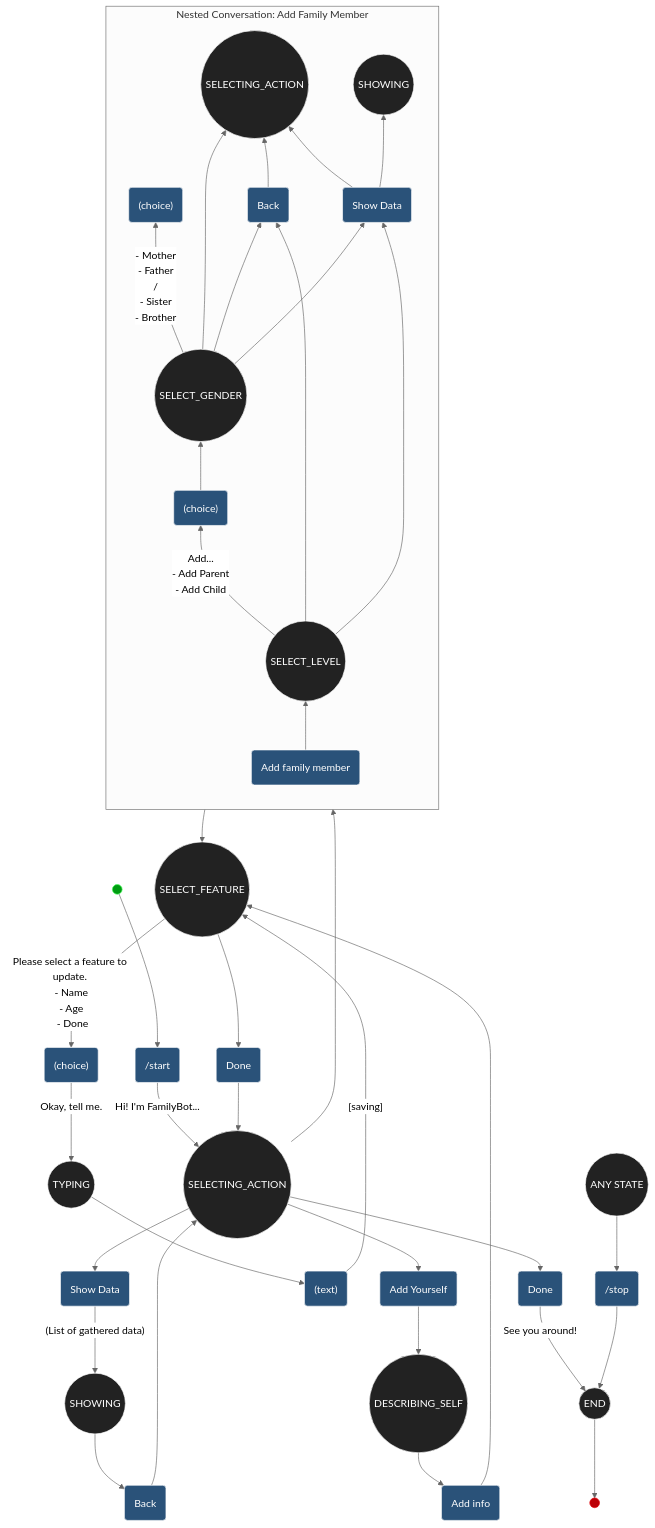
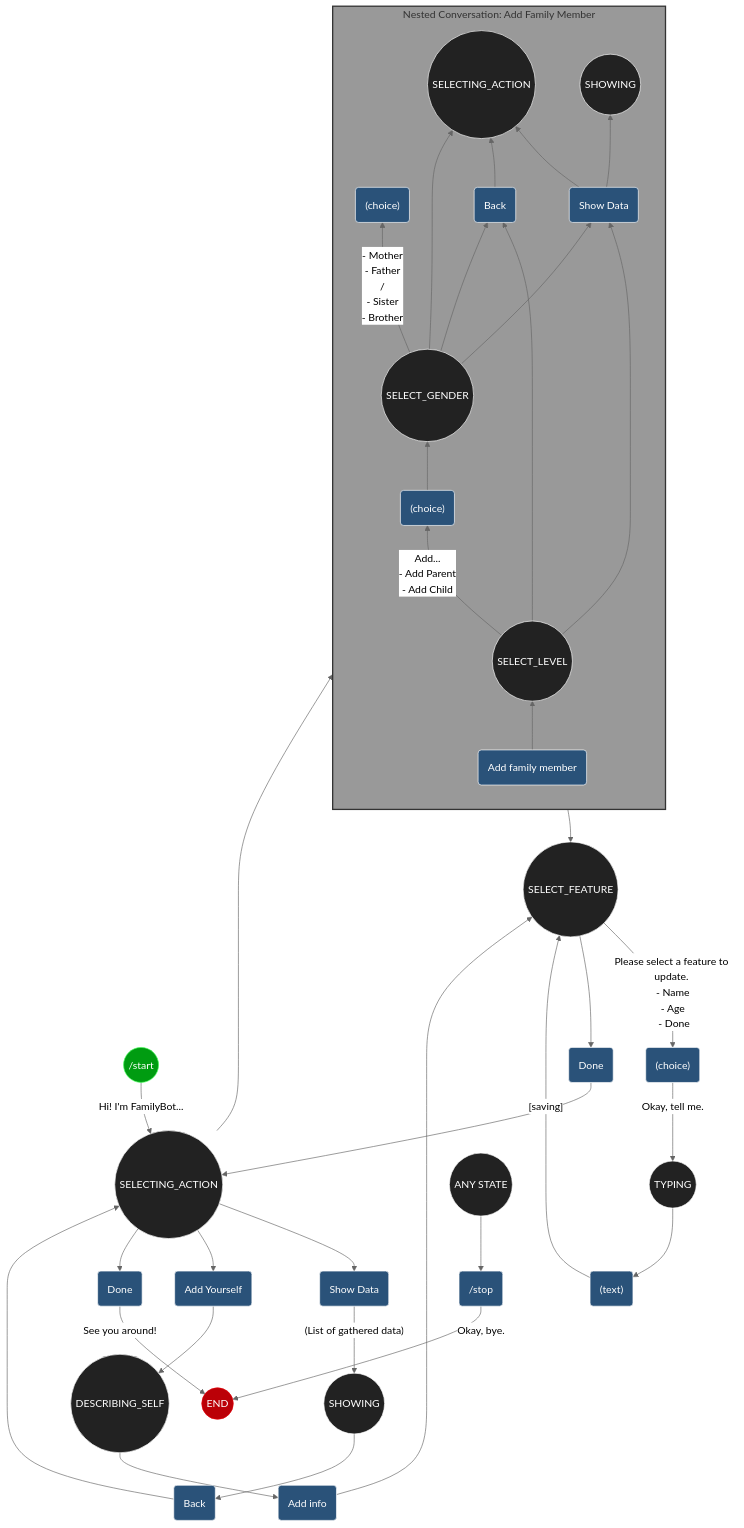
Before and after one commit to python-telegram-bot/python-telegram-bot: the diagram in examples/nestedconversationbot.mmd, drawn with Mermaid (neutral theme). The commit also changed other lines of this file and 3 other files, not shown here.

Commit message:
smaller improvements of diagrams

```diff
--- a/examples/nestedconversationbot.mmd
+++ b/examples/nestedconversationbot.mmd
@@ -1,44 +1,43 @@
 flowchart TB
     %% Documentation: https://mermaid-js.github.io/mermaid/#/flowchart
-    firstState((" ")):::firstState --> A("/start"):::userInput
-    A -->|Hi! I'm FamilyBot...| B((SELECTING_ACTION)):::state
+    A(("/start")):::entryPoint -->|Hi! I'm FamilyBot...| B((SELECTING_ACTION)):::state
     B --> C("Show Data"):::userInput 
     C --> |"(List of gathered data)"| D((SHOWING)):::state
     D --> E("Back"):::userInput
     E --> B
     B --> F("Add Yourself"):::userInput
     F --> G(("DESCRIBING_SELF")):::state
     G --> H("Add info"):::userInput
     H --> I((SELECT_FEATURE)):::state
     I --> |"Please select a feature to update. <br /> - Name <br /> - Age <br /> - Done"|J("(choice)"):::userInput
     J --> |"Okay, tell me."| K((TYPING)):::state
     K --> L("(text)"):::userInput
     L --> |"[saving]"|I
     I --> M("Done"):::userInput
     M --> B
     B --> N("Add family member"):::userInput
     R --> I
-    W --> |"See you around!"|X(("END")):::state
+    W --> |"See you around!"|End(("END")):::termination
     Y(("ANY STATE")):::state --> Z("/stop"):::userInput
-    Z --> X
-    X --> AA((" ")):::termination
+    Z -->|"Okay, bye."| End
     B --> W("Done"):::userInput
-    subgraph Nested Conversation: Add Family Member
+    subgraph nestedConversation[Nested Conversation: Add Family Member]
         direction BT
         N --> O(("SELECT_LEVEL")):::state
         O --> |"Add... <br /> - Add Parent <br /> - Add Child <br />"|P("(choice)"):::userInput
         P -->  Q(("SELECT_GENDER")):::state
         Q --> |"- Mother <br /> - Father <br /> / <br /> - Sister <br /> - Brother"| R("(choice)"):::userInput
         Q --> V("Show Data"):::userInput
         Q --> T(("SELECTING_ACTION")):::state
         Q --> U("Back"):::userInput
         U --> T
         O --> U
         O --> V
         V --> S(("SHOWING")):::state
         V --> T
     end
     classDef userInput  fill:#2a5279, color:#ffffff, stroke:#ffffff
     classDef state fill:#222222, color:#ffffff, stroke:#ffffff
-    classDef firstState fill:#009c11, stroke:#42FF57, color:#ffffff
+    classDef entryPoint fill:#009c11, stroke:#42FF57, color:#ffffff
     classDef termination fill:#bb0007, stroke:#E60109, color:#ffffff
+    style nestedConversation fill:#999999, stroke-width:2px, stroke:#333333
```
